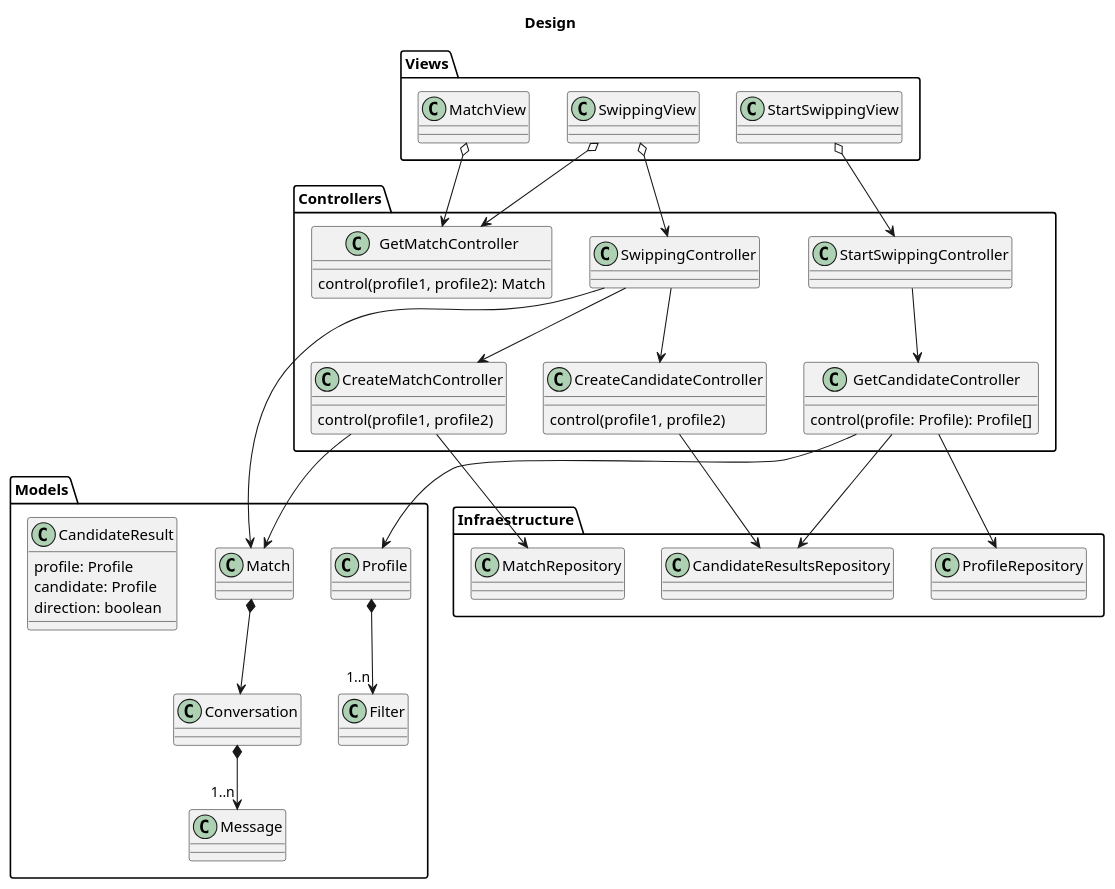
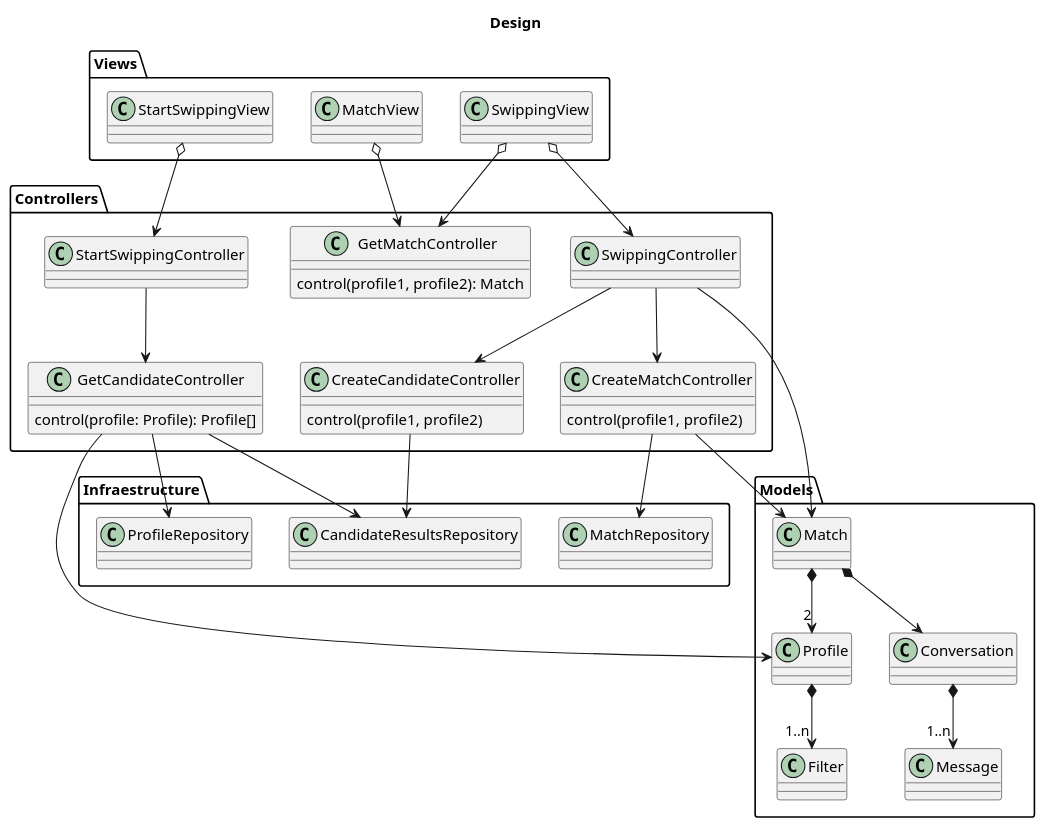
The diagram in docs/src/design.puml (fraylopez/tinder), drawn with PlantUML before and after one commit.

Commit message:
updated design diagram

```diff
--- a/docs/src/design.puml
+++ b/docs/src/design.puml
@@ -1,68 +1,64 @@
 @startuml Design
 title Design
 
 package Views {
   class StartSwippingView
   class SwippingView
   class MatchView
 }
 
 package Controllers {
   class SwippingController {
   }
   class GetCandidateController {
     control(profile: Profile): Profile[]
   }
   class GetMatchController {
     control(profile1, profile2): Match
   }
   class CreateMatchController {
     control(profile1, profile2)
   }
   class CreateCandidateController {
     control(profile1, profile2)
   }
   class StartSwippingController
 }
 
 package Models {
   ' class User
   class Profile
   class Filter
   class Match
   class Conversation
   class Message
-  class CandidateResult {
-    profile: Profile
-    candidate: Profile
-    direction: boolean
-  }
 }
 
 package Infraestructure {
   class ProfileRepository
   class CandidateResultsRepository
   class MatchRepository
 }
 
 StartSwippingView o--> StartSwippingController
 StartSwippingController --> GetCandidateController
 SwippingView o--> SwippingController
 SwippingController --> Match
 SwippingController --> CreateCandidateController
 GetCandidateController --> ProfileRepository
 GetCandidateController --> CandidateResultsRepository
 CreateCandidateController --> CandidateResultsRepository
 Profile *--> "1..n" Filter
+Match *--> "2" Profile
 Match *--> Conversation
 Conversation *--> "1..n" Message
 GetCandidateController --> Profile
 SwippingView o--> GetMatchController
 
 MatchView o--> GetMatchController
 
 SwippingController --> CreateMatchController
 CreateMatchController --> Match
 CreateMatchController --> MatchRepository
 
 @enduml
```
